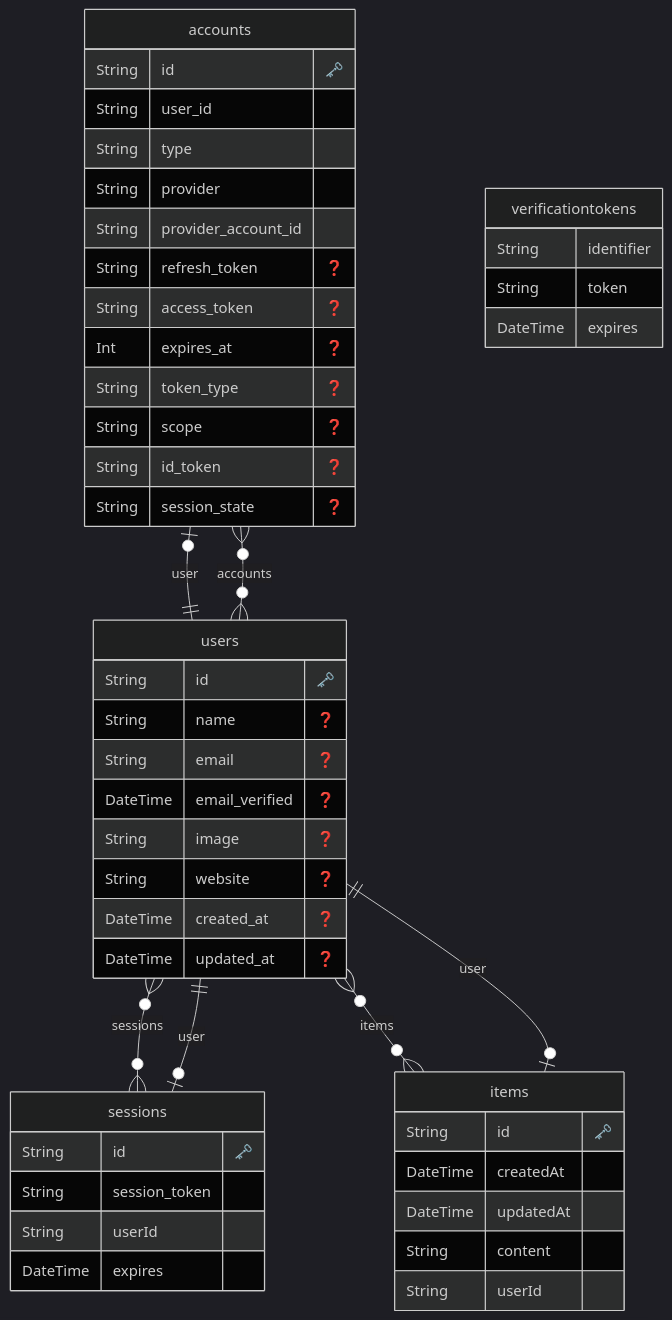
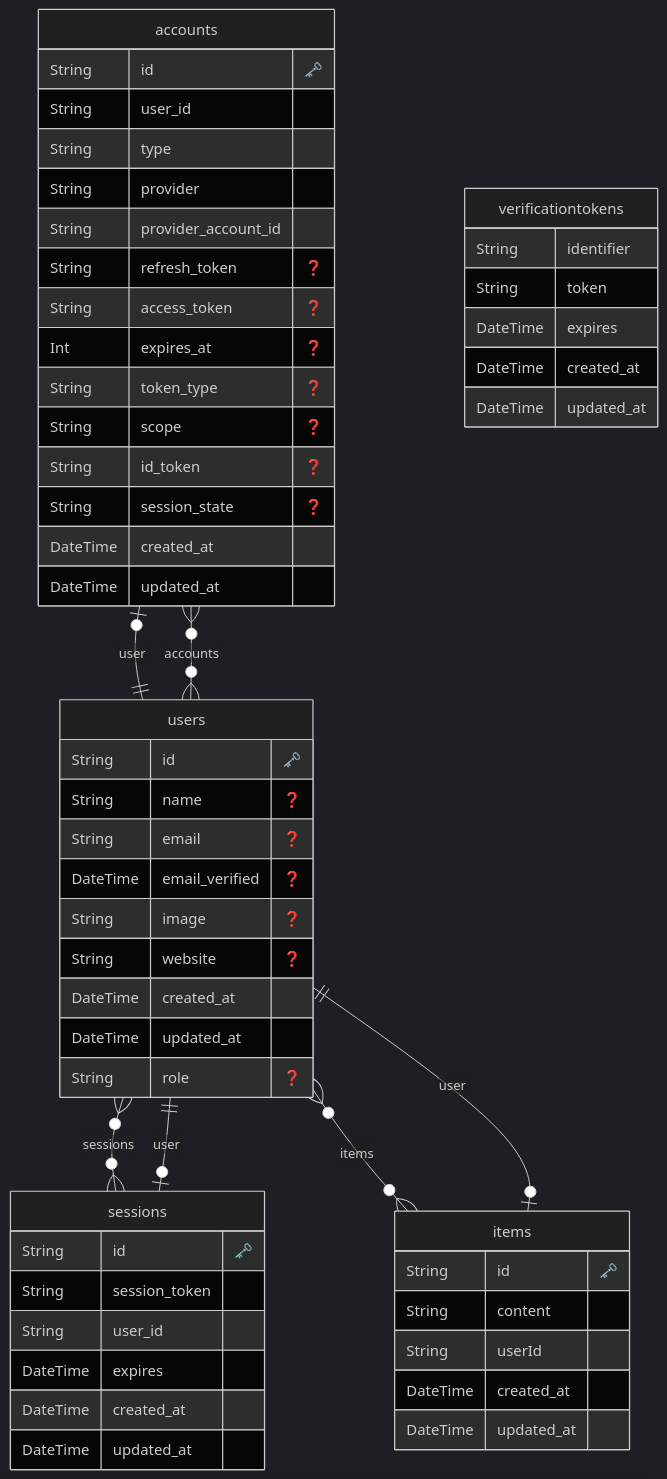
One commit to hiroppy/web-app-template changed the diagram in prisma/ERD.md. Above: the diagram before and after it, drawn with Mermaid (dark theme). The commit also changed 4 other files, not shown here.

````diff
--- a/prisma/ERD.md
+++ b/prisma/ERD.md
@@ -1,61 +1,68 @@
 ```mermaid
 erDiagram
 
   "accounts" {
     String id "🗝️"
-    String user_id 
-    String type 
-    String provider 
-    String provider_account_id 
+    String user_id
+    String type
+    String provider
+    String provider_account_id
     String refresh_token "❓"
     String access_token "❓"
     Int expires_at "❓"
     String token_type "❓"
     String scope "❓"
     String id_token "❓"
     String session_state "❓"
+    DateTime created_at
+    DateTime updated_at
     }
-  
+
 
   "sessions" {
     String id "🗝️"
-    String session_token 
-    String userId 
-    DateTime expires 
+    String session_token
+    String user_id
+    DateTime expires
+    DateTime created_at
+    DateTime updated_at
     }
-  
+
 
   "users" {
     String id "🗝️"
     String name "❓"
     String email "❓"
     DateTime email_verified "❓"
     String image "❓"
     String website "❓"
-    DateTime created_at "❓"
-    DateTime updated_at "❓"
+    DateTime created_at
+    DateTime updated_at
+    String role "❓"
     }
-  
+
 
   "verificationtokens" {
-    String identifier 
-    String token 
-    DateTime expires 
+    String identifier
+    String token
+    DateTime expires
+    DateTime created_at
+    DateTime updated_at
     }
-  
+
 
   "items" {
     String id "🗝️"
-    DateTime createdAt 
-    DateTime updatedAt 
-    String content 
-    String userId 
+    String content
+    String userId
+    DateTime created_at
+    DateTime updated_at
     }
-  
+
     "accounts" o|--|| "users" : "user"
     "sessions" o|--|| "users" : "user"
     "users" o{--}o "accounts" : "accounts"
     "users" o{--}o "sessions" : "sessions"
     "users" o{--}o "items" : "items"
     "items" o|--|| "users" : "user"
 ```
````
